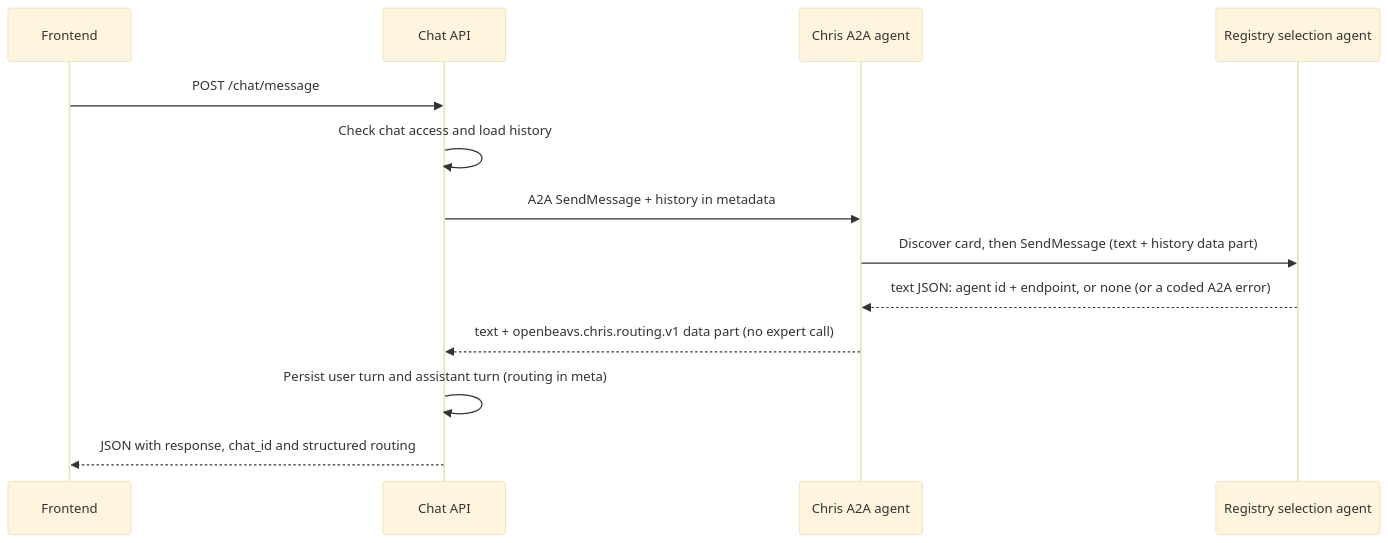
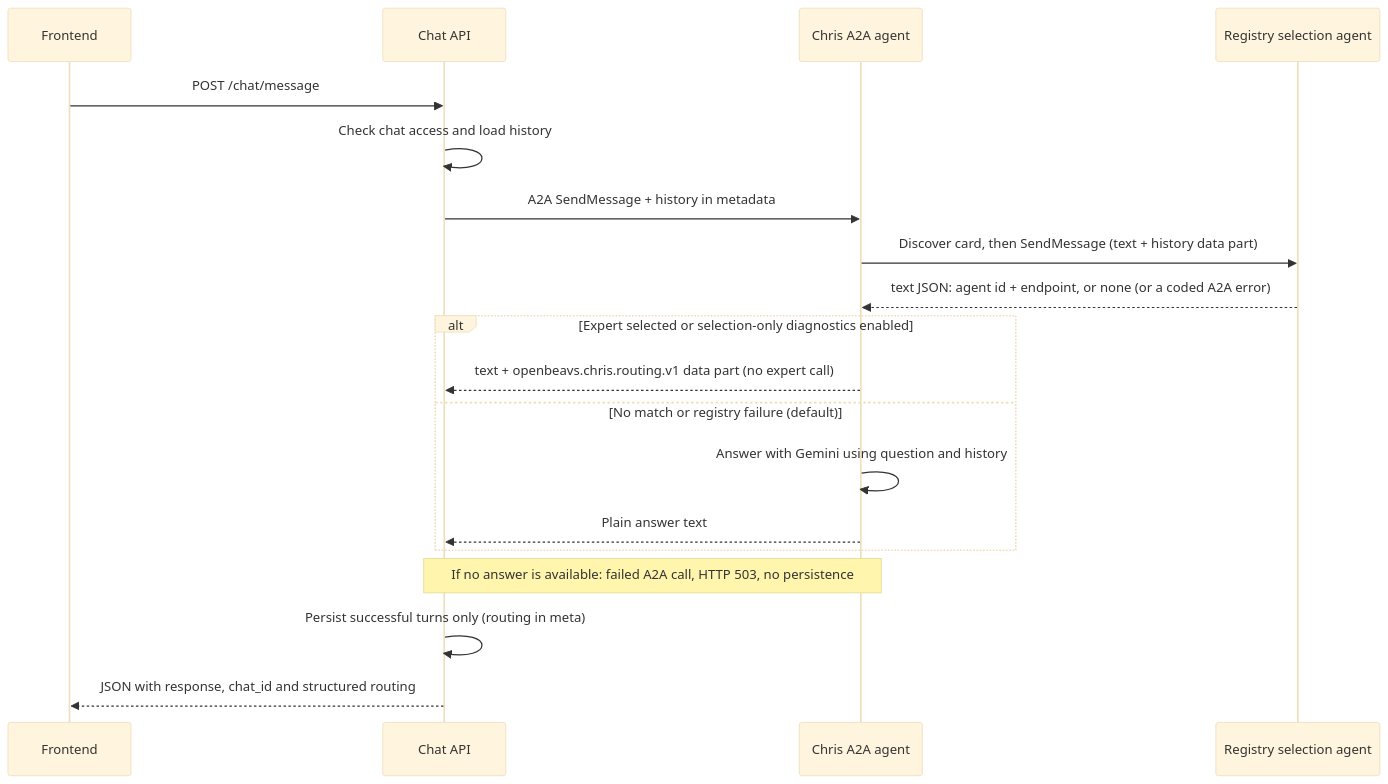
The diagram in docs/chris.md (OpenBeavs/OpenBeavsV2), drawn with Mermaid (base theme) before and after one commit. The commit also changed other lines of this file and 28 other files, not shown here.

Commit message:
[registry] Restore Gemini fallback and remove routing debug UI

````diff
--- a/docs/chris.md
+++ b/docs/chris.md
@@ -17,15 +15,21 @@
 ```mermaid
 sequenceDiagram
     participant UI as Frontend
     participant Chat as Chat API
     participant Chris as Chris A2A agent
     participant Registry as Registry selection agent
     UI->>Chat: POST /chat/message
     Chat->>Chat: Check chat access and load history
     Chat->>Chris: A2A SendMessage + history in metadata
     Chris->>Registry: Discover card, then SendMessage (text + history data part)
     Registry-->>Chris: text JSON: agent id + endpoint, or none (or a coded A2A error)
-    Chris-->>Chat: text + openbeavs.chris.routing.v1 data part (no expert call)
-    Chat->>Chat: Persist user turn and assistant turn (routing in meta)
+    alt Expert selected or selection-only diagnostics enabled
+        Chris-->>Chat: text + openbeavs.chris.routing.v1 data part (no expert call)
+    else No match or registry failure (default)
+        Chris->>Chris: Answer with Gemini using question and history
+        Chris-->>Chat: Plain answer text
+    end
+    Note over Chris,Chat: If no answer is available: failed A2A call, HTTP 503, no persistence
+    Chat->>Chat: Persist successful turns only (routing in meta)
     Chat-->>UI: JSON with response, chat_id and structured routing
 ```
````
